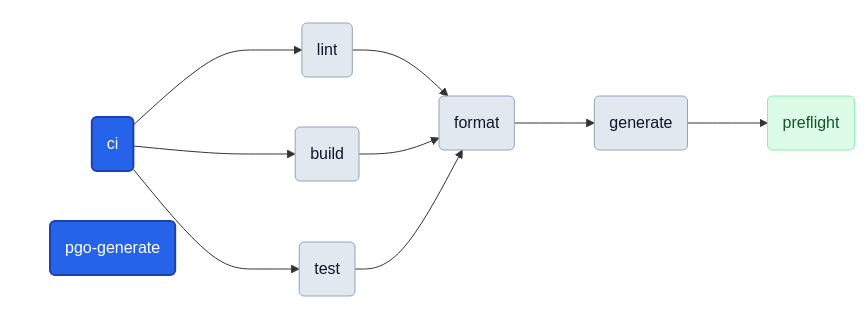
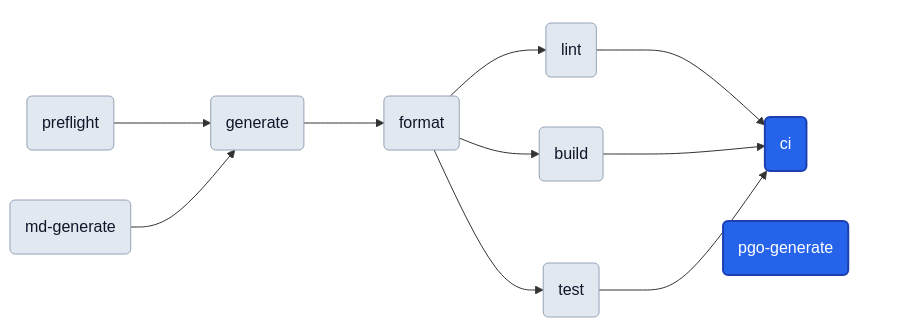
One commit to egladman/magus changed the fourth of 6 diagrams in MAGUS.md. Above: the diagram before and after it, drawn with Mermaid. The commit also changed other lines of this file and 174 other files, not shown here.

````diff
--- a/MAGUS.md
+++ b/MAGUS.md
@@ -494,34 +493,34 @@
 ```mermaid
 ---
 config:
   flowchart:
     nodeSpacing: 50
     rankSpacing: 80
 ---
 graph LR
   subgraph entry_cluster[" "]
     ci("ci")
     pgo_generate("pgo-generate")
   end
   preflight("preflight")
   generate("generate")
+  md_generate("md-generate")
   format("format")
   lint("lint")
   build("build")
   test("test")
-  generate --> preflight
-  format --> generate
-  lint --> format
-  build --> format
-  test --> format
-  ci --> lint
-  ci --> build
-  ci --> test
+  preflight --> generate
+  md_generate --> generate
+  generate --> format
+  format --> lint
+  format --> build
+  format --> test
+  lint --> ci
+  build --> ci
+  test --> ci
   classDef anchor fill:#2563eb,color:#ffffff,stroke:#1e40af,stroke-width:2px
-  classDef mid fill:#e2e8f0,color:#0f172a,stroke:#94a3b8
-  classDef leaf fill:#dcfce7,color:#14532d,stroke:#86efac
+  classDef target fill:#e2e8f0,color:#0f172a,stroke:#94a3b8
   class ci,pgo_generate anchor
-  class build,format,generate,lint,test mid
-  class preflight leaf
+  class build,format,generate,lint,md_generate,preflight,test target
   style entry_cluster fill:transparent,stroke:transparent
 ```
````
